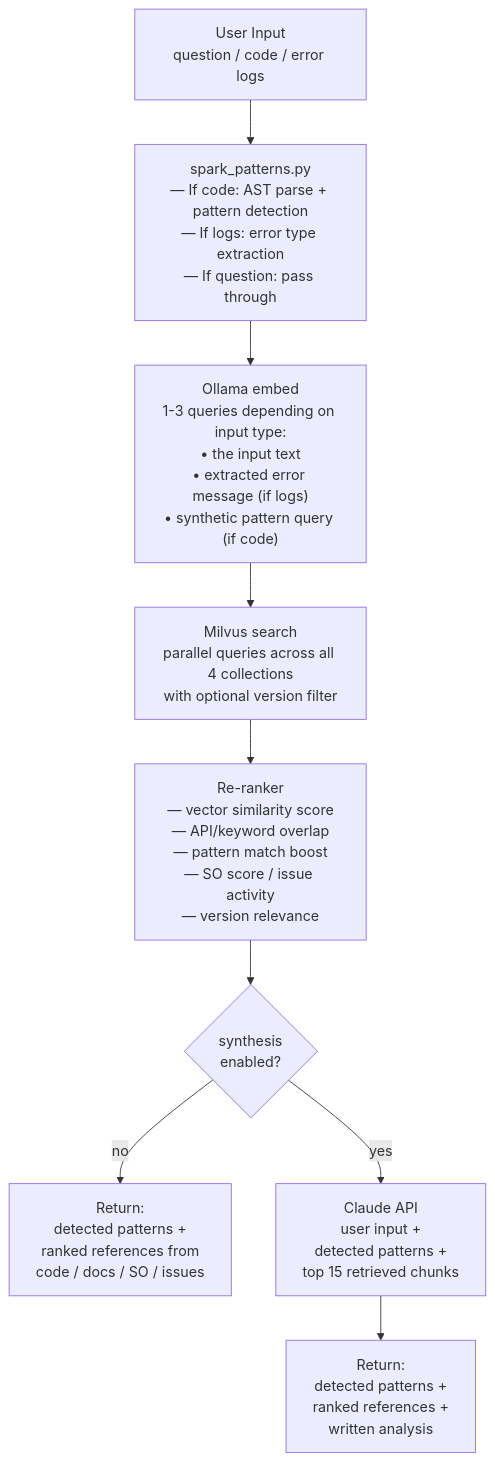
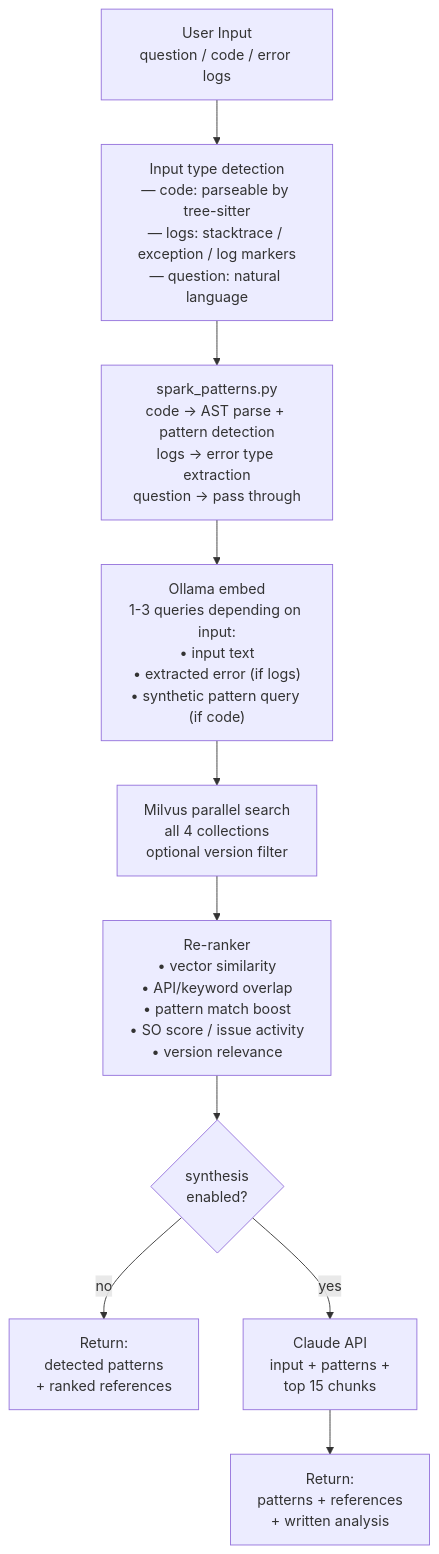
The third of 4 diagrams in docs/architecture.md (rammi-dev/spark-rag), drawn with Mermaid before and after one commit. The commit also changed other lines of this file, not shown here.

Commit message:
Spark Rag bootstap initial preparation

````diff
--- a/docs/architecture.md
+++ b/docs/architecture.md
@@ -182,18 +119,22 @@
 ```mermaid
 flowchart TD
-    Input["User Input<br/>question / code / error logs"] --> Parse["spark_patterns.py<br/>— If code: AST parse + pattern detection<br/>— If logs: error type extraction<br/>— If question: pass through"]
+    Input["User Input<br/>question / code / error logs"]
 
-    Parse --> Embed["Ollama embed<br/>1-3 queries depending on input type:<br/>• the input text<br/>• extracted error message (if logs)<br/>• synthetic pattern query (if code)"]
+    Input --> Detect["Input type detection<br/>— code: parseable by tree-sitter<br/>— logs: stacktrace / exception / log markers<br/>— question: natural language"]
 
-    Embed --> Search["Milvus search<br/>parallel queries across all 4 collections<br/>with optional version filter"]
+    Detect --> Parse["spark_patterns.py<br/>code → AST parse + pattern detection<br/>logs → error type extraction<br/>question → pass through"]
 
-    Search --> Rerank["Re-ranker<br/>— vector similarity score<br/>— API/keyword overlap<br/>— pattern match boost<br/>— SO score / issue activity<br/>— version relevance"]
+    Parse --> Embed["Ollama embed<br/>1-3 queries depending on input:<br/>• input text<br/>• extracted error (if logs)<br/>• synthetic pattern query (if code)"]
+
+    Embed --> Search["Milvus parallel search<br/>all 4 collections<br/>optional version filter"]
+
+    Search --> Rerank["Re-ranker<br/>• vector similarity<br/>• API/keyword overlap<br/>• pattern match boost<br/>• SO score / issue activity<br/>• version relevance"]
 
     Rerank --> Decision{synthesis<br/>enabled?}
 
-    Decision -->|no| Response1["Return:<br/>detected patterns +<br/>ranked references from<br/>code / docs / SO / issues"]
+    Decision -->|no| R1["Return:<br/>detected patterns<br/>+ ranked references"]
 
-    Decision -->|yes| Claude["Claude API<br/>user input +<br/>detected patterns +<br/>top 15 retrieved chunks"]
+    Decision -->|yes| Claude["Claude API<br/>input + patterns +<br/>top 15 chunks"]
 
-    Claude --> Response2["Return:<br/>detected patterns +<br/>ranked references +<br/>written analysis"]
+    Claude --> R2["Return:<br/>patterns + references<br/>+ written analysis"]
 ```
````
